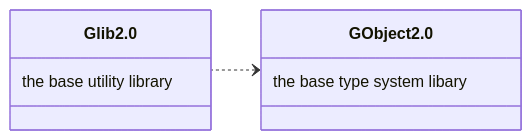
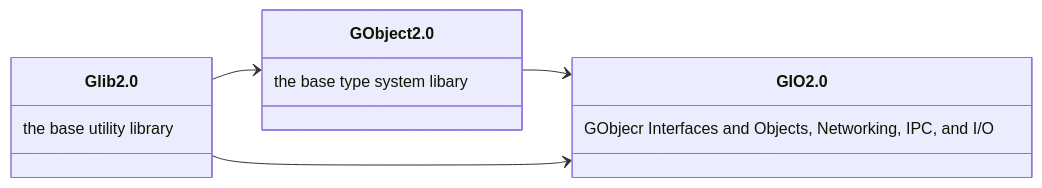
One commit to sechshelme/Lazarus-GNOME-GTK4-Packages_and_Examples changed the diagram in readme.md. Above: the diagram before and after it, drawn with Mermaid.

````diff
--- a/readme.md
+++ b/readme.md
@@ -40,7 +40,11 @@
 ```mermaid
 classDiagram
 direction RL
 Glib 2.0:the base utility library
 GObject 2.0:the base type system libary
-GObject 2.0<..Glib 2.0
+GIO 2.0:GObjecr Interfaces and Objects, Networking, IPC, and I/O
+
+GObject 2.0<--Glib 2.0
+GIO 2.0<--Glib 2.0
+GIO 2.0<--GObject 2.0
 ```
````
